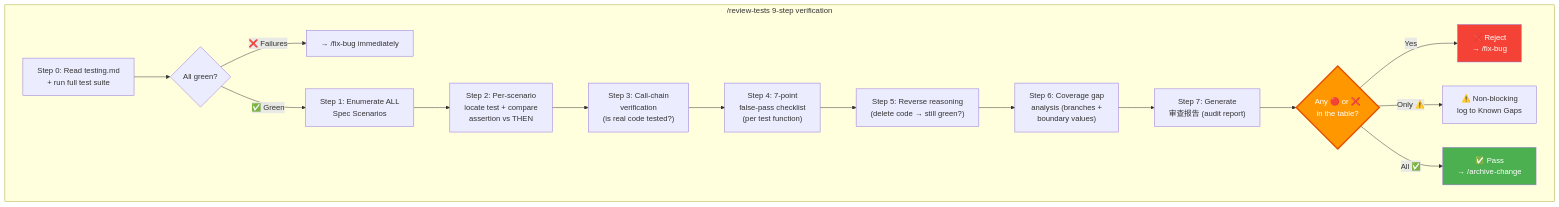
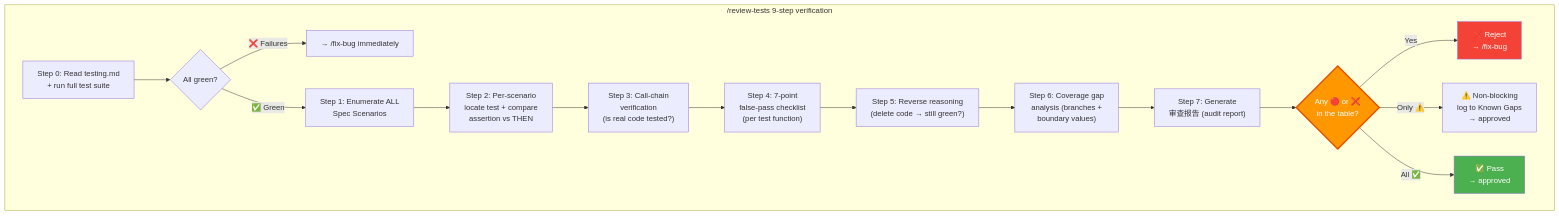
The fourth of 4 diagrams in README.md (icelemon-czy/project-compass), drawn with Mermaid before and after one commit. The commit also changed other lines of this file and 13 other files, not shown here.

First line of the commit message:
docs(workflow): align approved and archive states

````diff
--- a/README.md
+++ b/README.md
@@ -458,22 +461,22 @@
 ```mermaid
 flowchart TD
     subgraph "/review-tests 9-step verification"
         S0["Step 0: Read testing.md<br/>+ run full test suite"] --> S0b{"All green?"}
         S0b -->|"❌ Failures"| FAIL["→ /fix-bug immediately"]
         S0b -->|"✅ Green"| S1["Step 1: Enumerate ALL<br/>Spec Scenarios"]
         S1 --> S2["Step 2: Per-scenario<br/>locate test + compare<br/>assertion vs THEN"]
         S2 --> S3["Step 3: Call-chain<br/>verification<br/>(is real code tested?)"]
         S3 --> S4["Step 4: 7-point<br/>false-pass checklist<br/>(per test function)"]
         S4 --> S5["Step 5: Reverse reasoning<br/>(delete code → still green?)"]
         S5 --> S6["Step 6: Coverage gap<br/>analysis (branches +<br/>boundary values)"]
         S6 --> S7["Step 7: Generate<br/>审查报告 (audit report)"]
         S7 --> JUDGE{"Any 🔴 or ❌<br/>in the table?"}
         JUDGE -->|"Yes"| REJECT["❌ Reject<br/>→ /fix-bug"]
-        JUDGE -->|"Only ⚠️"| WARN["⚠️ Non-blocking<br/>log to Known Gaps"]
-        JUDGE -->|"All ✅"| PASS["✅ Pass<br/>→ /archive-change"]
+        JUDGE -->|"Only ⚠️"| WARN["⚠️ Non-blocking<br/>log to Known Gaps<br/>→ approved"]
+        JUDGE -->|"All ✅"| PASS["✅ Pass<br/>→ approved"]
     end
 
     style JUDGE fill:#FF9800,color:#fff,stroke:#E65100,stroke-width:3px
     style REJECT fill:#f44336,color:#fff
     style PASS fill:#4CAF50,color:#fff
 ```
````
